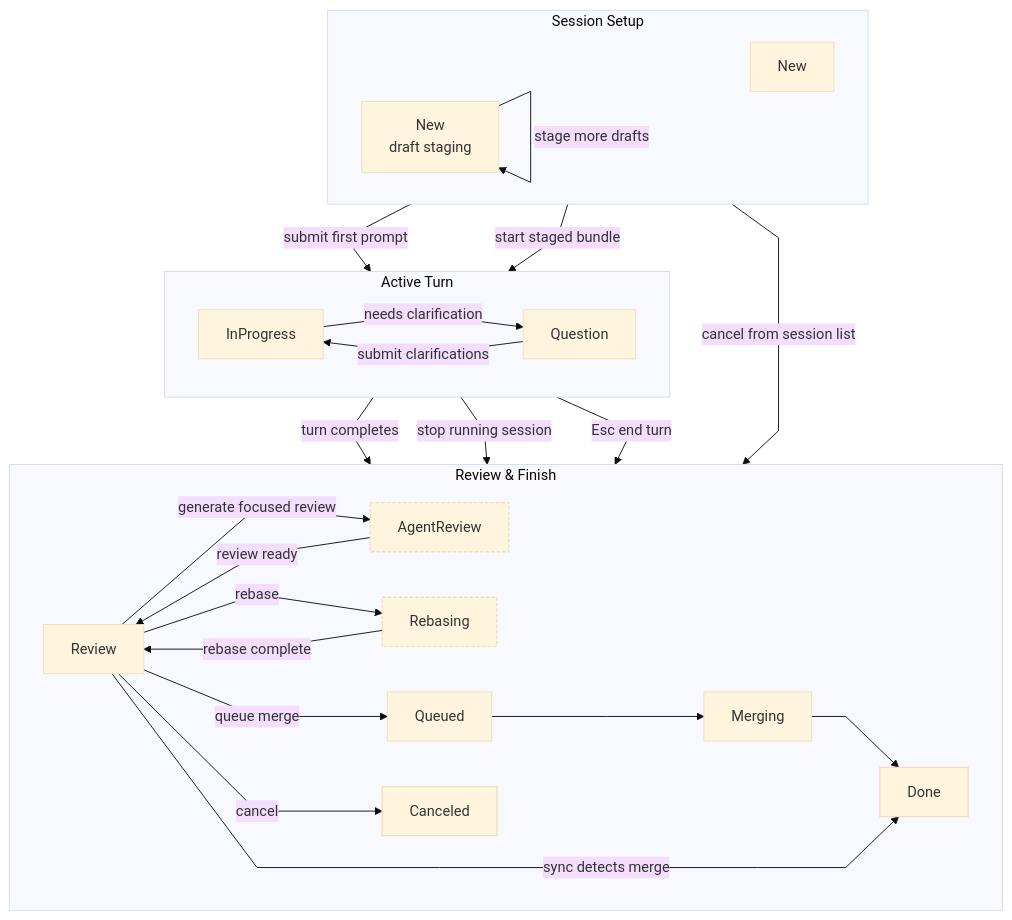
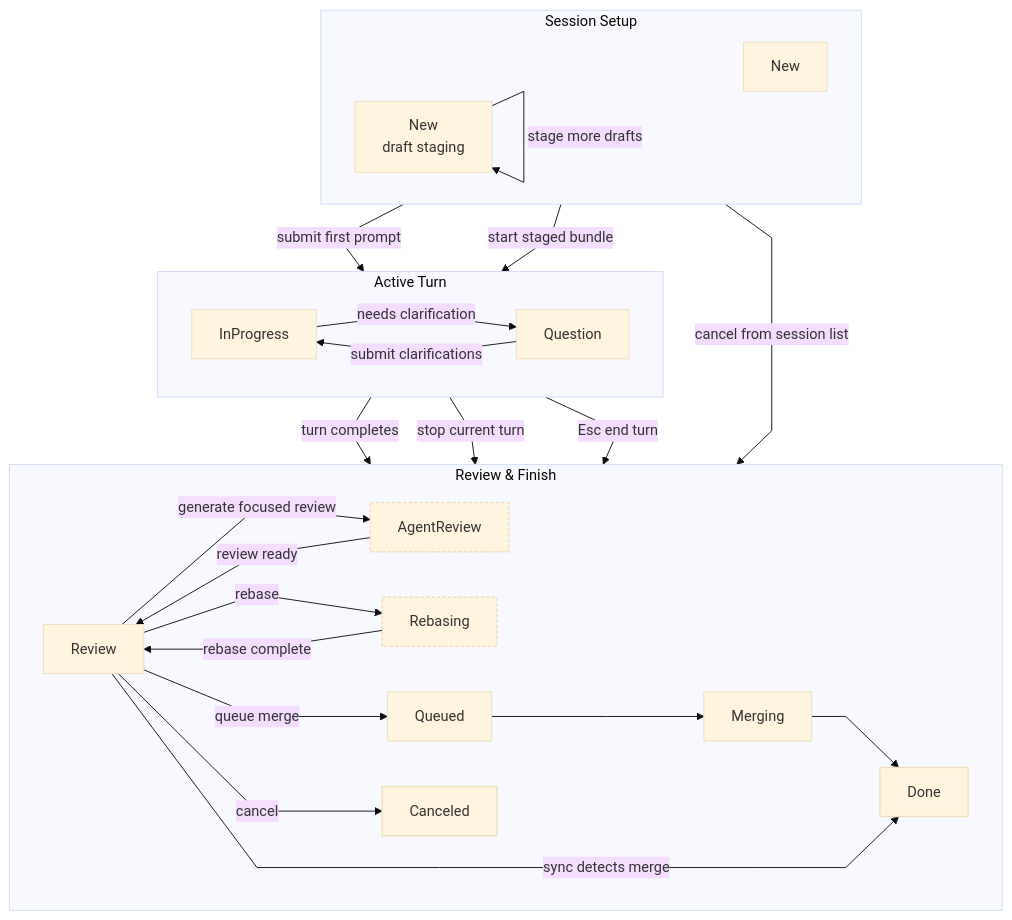
One commit to agentty-xyz/agentty changed the diagram in docs/site/content/docs/usage/workflow.md. Above: the diagram before and after it, drawn with Mermaid (base theme). The commit also changed other lines of this file and 8 other files, not shown here.

First line of the commit message:
Return interrupted in-progress turns to `Review`

````diff
--- a/docs/site/content/docs/usage/workflow.md
+++ b/docs/site/content/docs/usage/workflow.md
@@ -225,53 +229,53 @@
 ```mermaid
 %%{init: { "flowchart": { "curve": "linear" } } }%%
 flowchart TB
   classDef auxiliary stroke-dasharray: 4 2,stroke-width: 1.5px;
   classDef terminal stroke-width: 1.5px;
 
   subgraph start["Session Setup"]
     direction LR
     new_regular["New"]
     new_draft["New<br/>draft staging"]
   end
 
   subgraph active["Active Turn"]
     direction LR
     in_progress["InProgress"]
     question["Question"]
   end
 
   subgraph finish["Review & Finish"]
     direction LR
     review["Review"]
     agent_review["AgentReview"]
     rebasing["Rebasing"]
     queued["Queued"]
     merging["Merging"]
     done["Done"]
     canceled["Canceled"]
   end
 
   new_regular -->|submit first prompt| in_progress
   new_draft -->|stage more drafts| new_draft
   new_draft -->|start staged bundle| in_progress
   new_draft -->|cancel from session list| canceled
 
   in_progress -->|turn completes| review
   in_progress -->|needs clarification| question
-  in_progress -->|stop running session| canceled
+  in_progress -->|stop current turn| review
   question -->|submit clarifications| in_progress
   question -->|Esc end turn| review
 
   review -->|generate focused review| agent_review
   agent_review -->|review ready| review
   review -->|rebase| rebasing
   rebasing -->|rebase complete| review
   review -->|queue merge| queued
   queued --> merging
   merging --> done
   review -->|cancel| canceled
   review -->|sync detects merge| done
 
   class agent_review,rebasing auxiliary
   class done,canceled terminal
 ```
````
